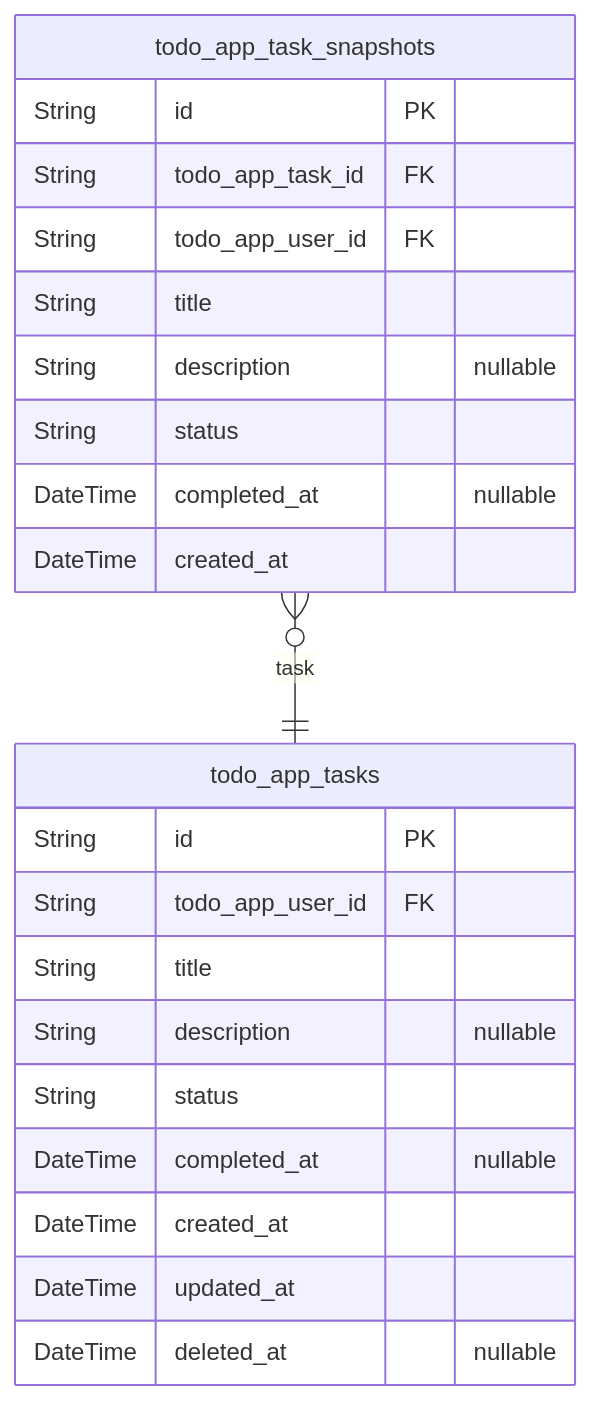
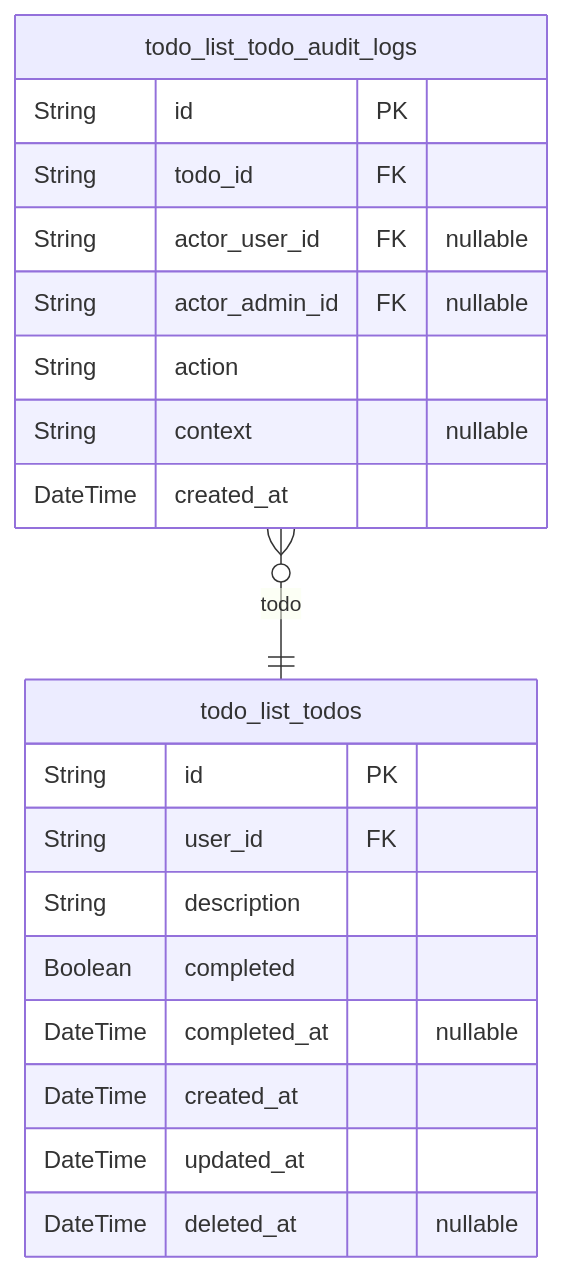
One commit to wrtnlabs/autobe-examples changed the third of 3 diagrams in moonshotai/kimi-k2-0905-exacto/todo/docs/ERD.md. Above: the diagram before and after it, drawn with Mermaid. The commit also changed other lines of this file and 3372 other files, not shown here.

````diff
--- a/moonshotai/kimi-k2-0905-exacto/todo/docs/ERD.md
+++ b/moonshotai/kimi-k2-0905-exacto/todo/docs/ERD.md
@@ -127,25 +201,23 @@
 ```mermaid
 erDiagram
-"todo_app_tasks" {
+"todo_list_todos" {
   String id PK
-  String todo_app_user_id FK
-  String title
-  String description "nullable"
-  String status
+  String user_id FK
+  String description
+  Boolean completed
   DateTime completed_at "nullable"
   DateTime created_at
   DateTime updated_at
   DateTime deleted_at "nullable"
 }
-"todo_app_task_snapshots" {
+"todo_list_todo_audit_logs" {
   String id PK
-  String todo_app_task_id FK
-  String todo_app_user_id FK
-  String title
-  String description "nullable"
-  String status
-  DateTime completed_at "nullable"
+  String todo_id FK
+  String actor_user_id FK "nullable"
+  String actor_admin_id FK "nullable"
+  String action
+  String context "nullable"
   DateTime created_at
 }
-"todo_app_task_snapshots" }o--|| "todo_app_tasks" : task
+"todo_list_todo_audit_logs" }o--|| "todo_list_todos" : todo
 ```
````
